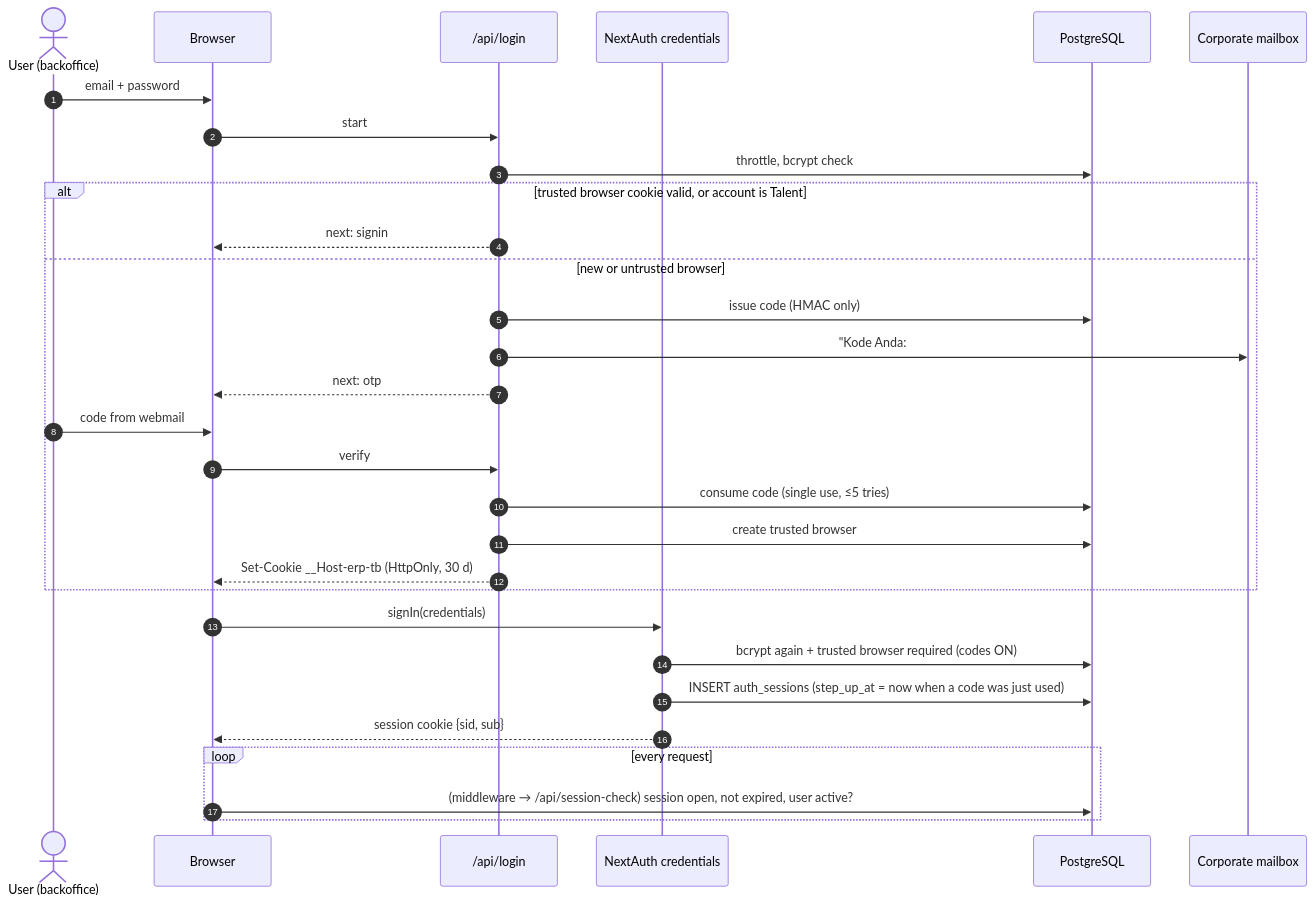
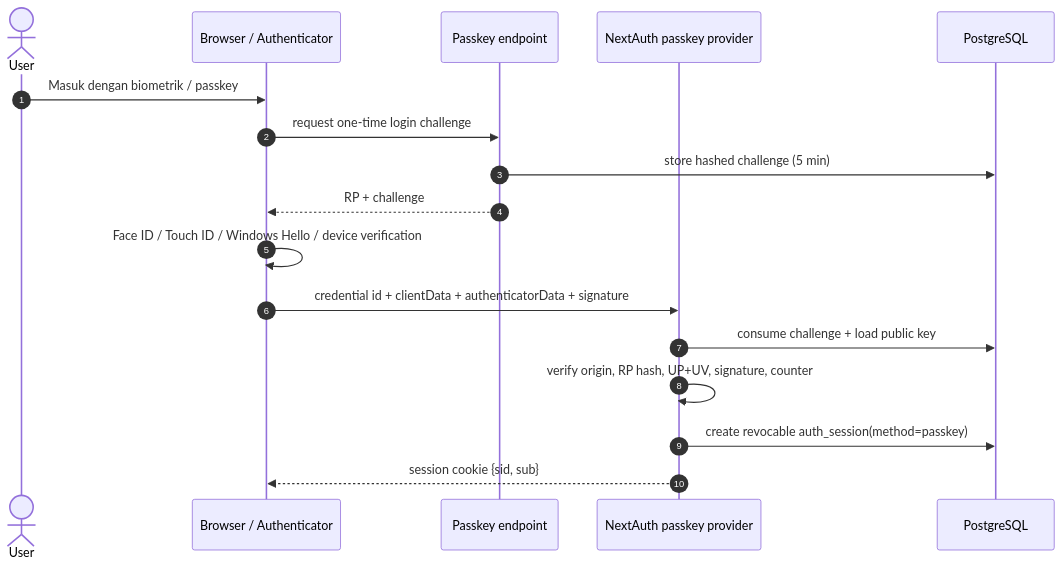
One commit to yosdwi/celerates-digital-intelligence changed the diagram in docs/security/02-auth-session-implementation.md. Above: the diagram before and after it, drawn with Mermaid. The commit also changed other lines of this file, not shown here.

Commit message:
docs: document passkey and dual corporate-domain authentication

````diff
--- a/docs/security/02-auth-session-implementation.md
+++ b/docs/security/02-auth-session-implementation.md
@@ -22,32 +27,19 @@
 ```mermaid
 sequenceDiagram
   autonumber
-  actor U as User (backoffice)
-  participant B as Browser
-  participant L as /api/login
-  participant N as NextAuth credentials
+  actor U as User
+  participant B as Browser / Authenticator
+  participant P as Passkey endpoint
+  participant N as NextAuth passkey provider
   participant DB as PostgreSQL
-  participant M as Corporate mailbox
-  U->>B: email + password
-  B->>L: start
-  L->>DB: throttle, bcrypt check
-  alt trusted browser cookie valid, or account is Talent
-    L-->>B: next: signin
-  else new or untrusted browser
-    L->>DB: issue code (HMAC only)
-    L->>M: "Kode Anda: ######" (10 min)
-    L-->>B: next: otp
-    U->>B: code from webmail
-    B->>L: verify
-    L->>DB: consume code (single use, ≤5 tries)
-    L->>DB: create trusted browser
-    L-->>B: Set-Cookie __Host-erp-tb (HttpOnly, 30 d)
-  end
-  B->>N: signIn(credentials)
-  N->>DB: bcrypt again + trusted browser required (codes ON)
-  N->>DB: INSERT auth_sessions (step_up_at = now when a code was just used)
+  U->>B: Masuk dengan biometrik / passkey
+  B->>P: request one-time login challenge
+  P->>DB: store hashed challenge (5 min)
+  P-->>B: RP + challenge
+  B->>B: Face ID / Touch ID / Windows Hello / device verification
+  B->>N: credential id + clientData + authenticatorData + signature
+  N->>DB: consume challenge + load public key
+  N->>N: verify origin, RP hash, UP+UV, signature, counter
+  N->>DB: create revocable auth_session(method=passkey)
   N-->>B: session cookie {sid, sub}
-  loop every request
-    B->>DB: (middleware → /api/session-check) session open, not expired, user active?
-  end
 ```
````
